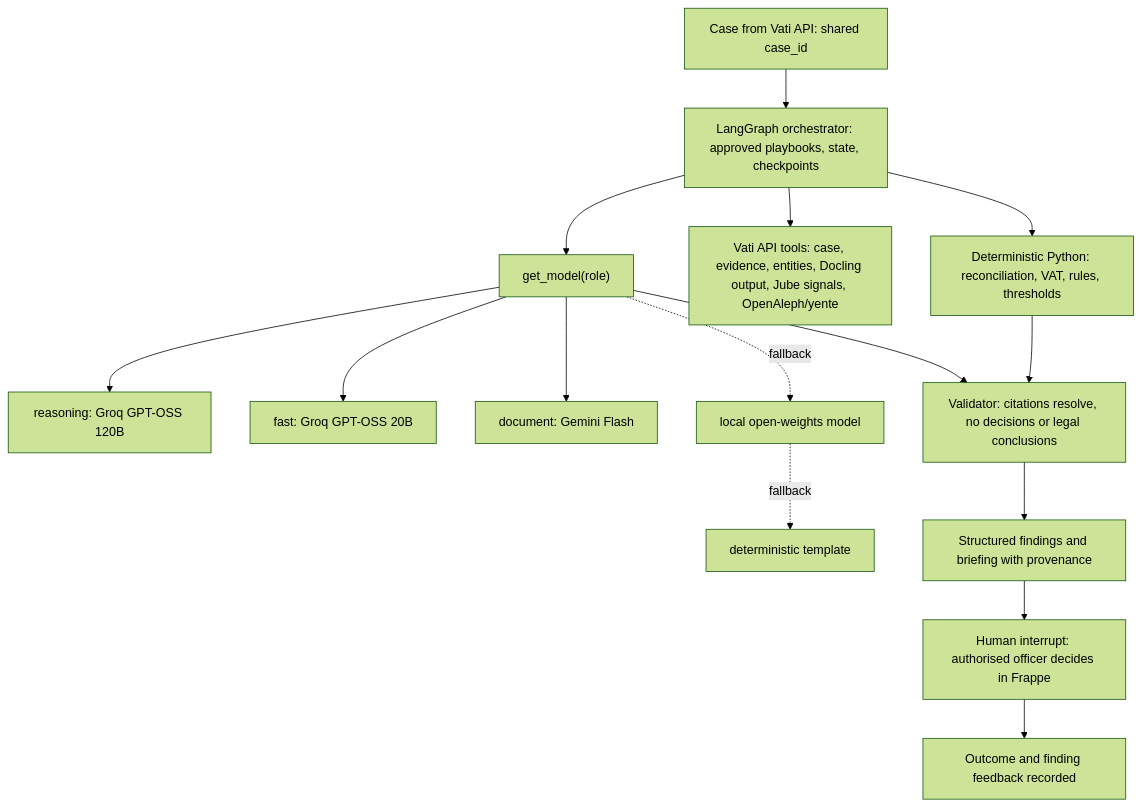
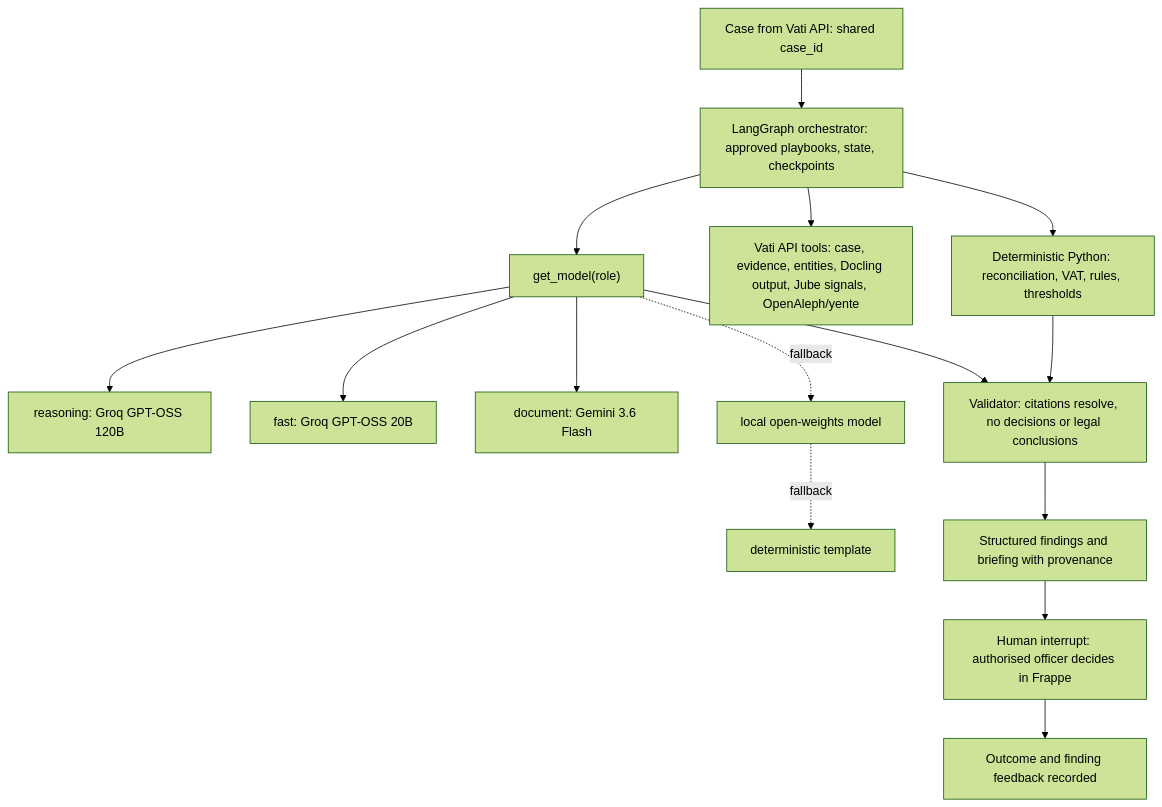
One commit to Vati-AI/rsl-taxathon changed the second of 2 diagrams in docs/ARCHITECTURE.md. Above: the diagram before and after it, drawn with Mermaid (forest theme). The commit also changed other lines of this file and 12 other files, not shown here.

````diff
--- a/docs/ARCHITECTURE.md
+++ b/docs/ARCHITECTURE.md
@@ -43,16 +43,16 @@
 ```mermaid
 flowchart TB
   C[Case from Vati API: shared case_id] --> G[LangGraph orchestrator: approved playbooks, state, checkpoints]
   G --> P[Deterministic Python: reconciliation, VAT, rules, thresholds]
   G --> E[Vati API tools: case, evidence, entities, Docling output, Jube signals, OpenAleph/yente]
   G --> R["get_model(role)"]
   R --> R1[reasoning: Groq GPT-OSS 120B]
   R --> R2[fast: Groq GPT-OSS 20B]
-  R --> R3[document: Gemini Flash]
+  R --> R3[document: Gemini 3.6 Flash]
   R -. fallback .-> R4[local open-weights model] -. fallback .-> R5[deterministic template]
   P --> V[Validator: citations resolve, no decisions or legal conclusions]
   R --> V
   V --> F[Structured findings and briefing with provenance]
   F --> H[Human interrupt: authorised officer decides in Frappe]
   H --> O[Outcome and finding feedback recorded]
 ```
````
